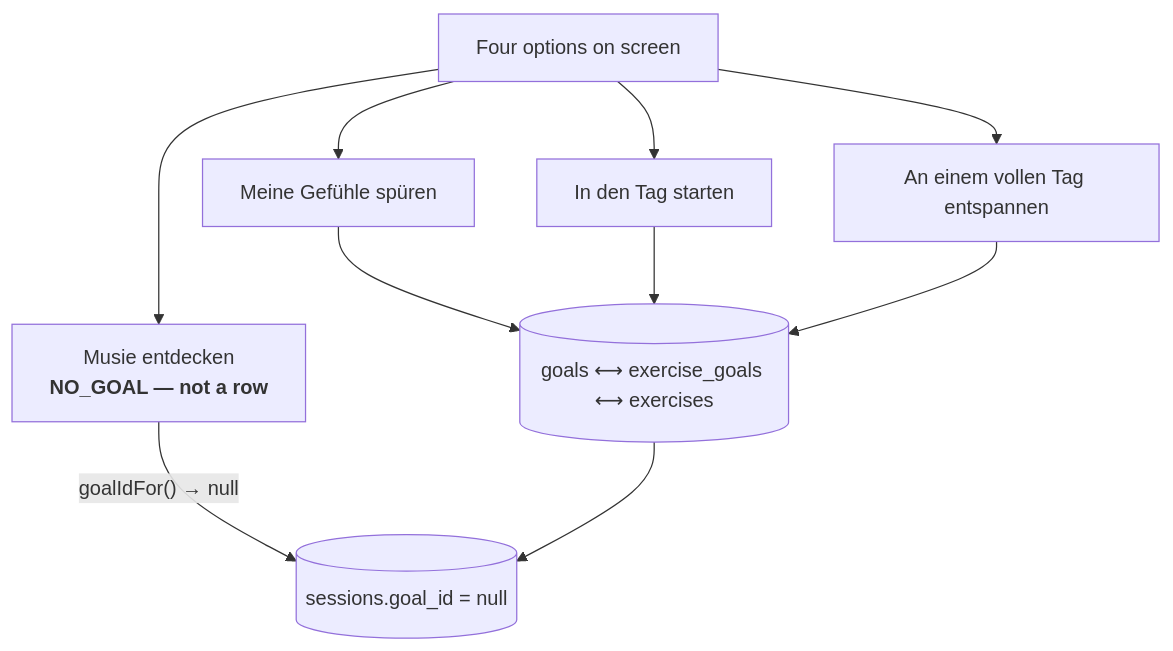
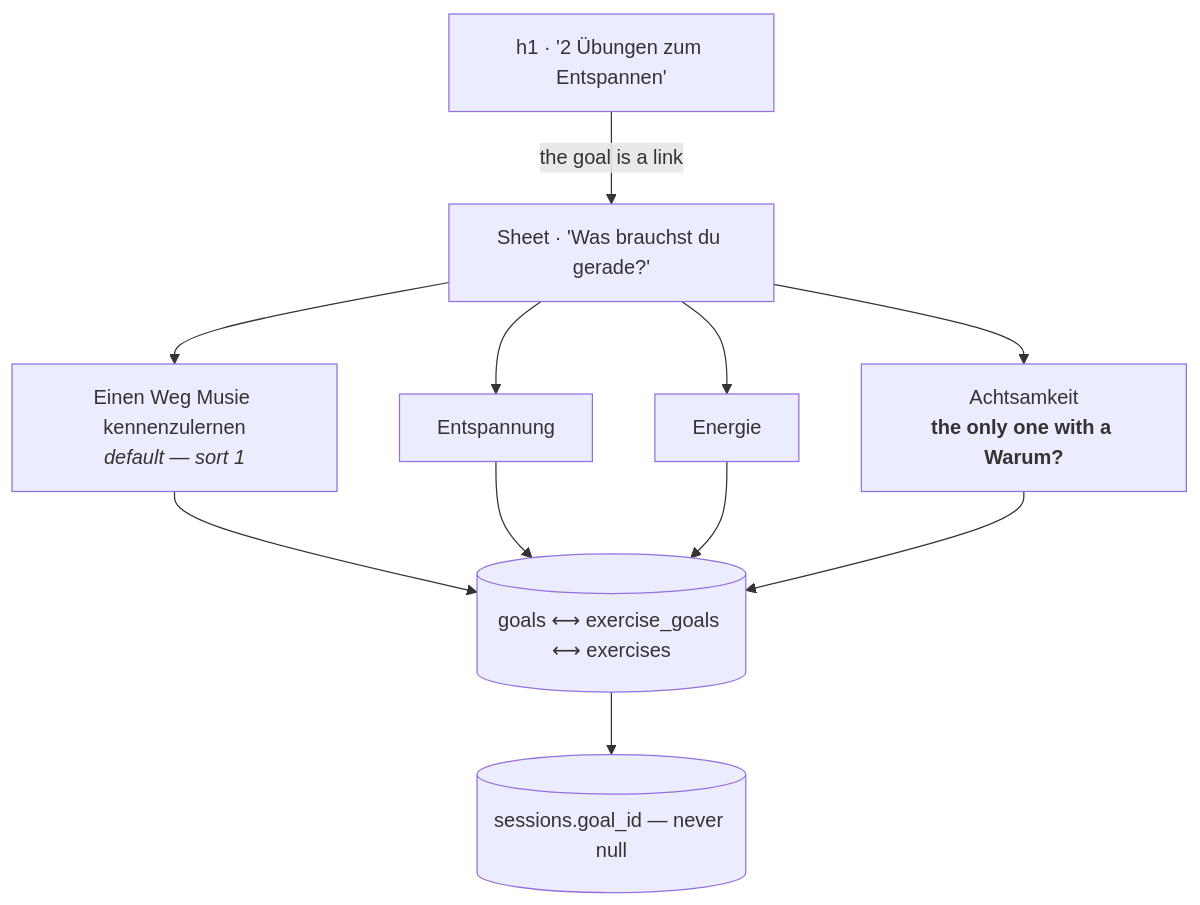
One commit to product-ben/musie changed the diagram in apps/docs/features/goals.md. Above: the diagram before and after it, drawn with Mermaid. The commit also changed other lines of this file and 29 other files, not shown here.

````diff
--- a/apps/docs/features/goals.md
+++ b/apps/docs/features/goals.md
@@ -7,12 +6,13 @@
 ```mermaid
 flowchart TD
-  O["Four options on screen"] --> G1["Meine Gefühle spüren"]
-  O --> G2["In den Tag starten"]
-  O --> G3["An einem vollen Tag entspannen"]
-  O --> N["Musie entdecken<br/><b>NO_GOAL — not a row</b>"]
+  H["h1 · '2 Übungen zum Entspannen'"] -->|"the goal is a link"| S["Sheet · 'Was brauchst du gerade?'"]
+  S --> G1["Einen Weg Musie kennenzulernen<br/><i>default — sort 1</i>"]
+  S --> G2["Entspannung"]
+  S --> G3["Energie"]
+  S --> G4["Achtsamkeit<br/><b>the only one with a Warum?</b>"]
   G1 --> M[("goals ⟷ exercise_goals ⟷ exercises")]
   G2 --> M
   G3 --> M
-  N -->|"goalIdFor() → null"| DB[("sessions.goal_id = null")]
-  M --> DB
+  G4 --> M
+  M --> DB[("sessions.goal_id — never null")]
 ```
````
